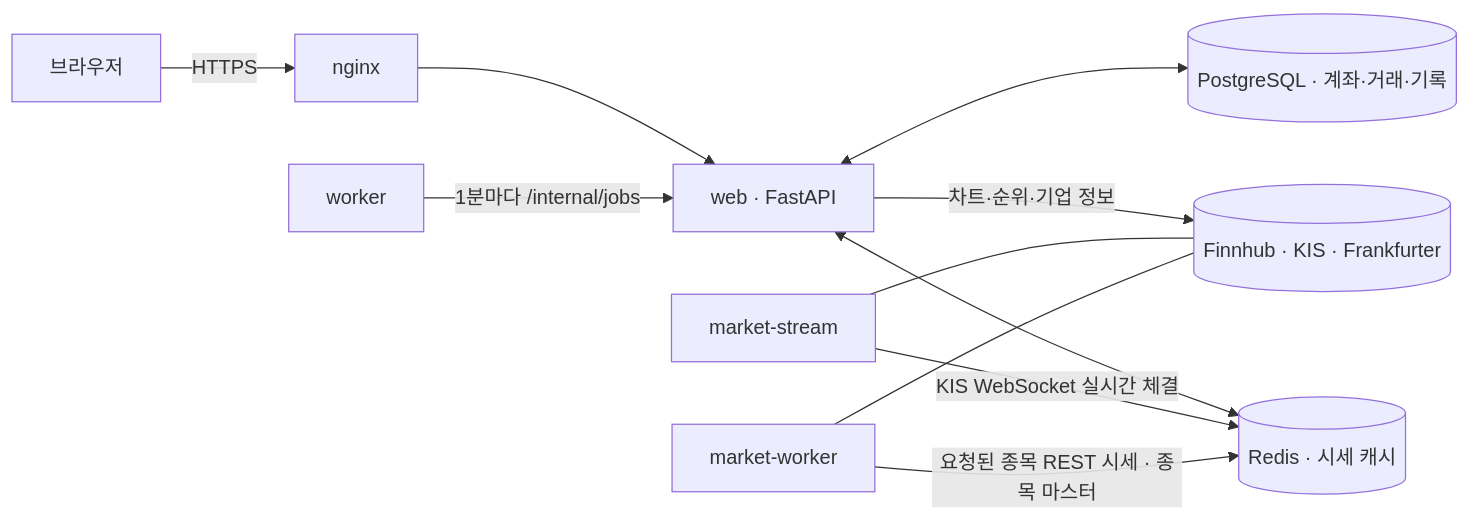
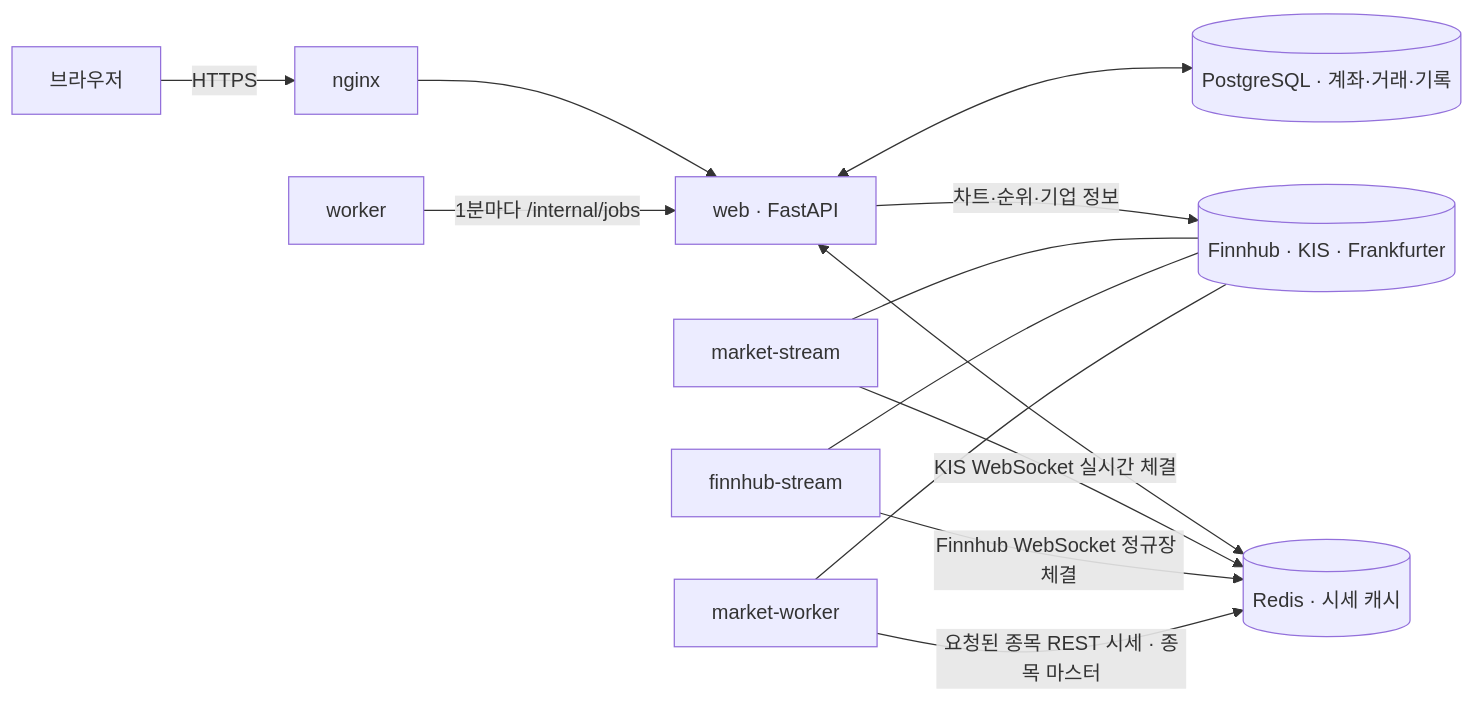
The diagram in README.md (astralblaze01/paper-trading), drawn with Mermaid before and after one commit. The commit also changed other lines of this file and 10 other files, not shown here.

First line of the commit message:
feat: US regular-session trades stream live from Finnhub, up to 50 symbols

````diff
--- a/README.md
+++ b/README.md
@@ -202,13 +203,15 @@
 ```mermaid
 flowchart LR
   U[브라우저] -->|HTTPS| N[nginx]
   N --> W[web · FastAPI]
   W <--> R[(Redis · 시세 캐시)]
   W <--> D[(PostgreSQL · 계좌·거래·기록)]
   MS[market-stream] -->|KIS WebSocket 실시간 체결| R
+  FS[finnhub-stream] -->|Finnhub WebSocket 정규장 체결| R
   MW[market-worker] -->|요청된 종목 REST 시세 · 종목 마스터| R
   K[worker] -->|1분마다 /internal/jobs| W
   W -->|차트·순위·기업 정보| API[(Finnhub · KIS · Frankfurter)]
   MS --- API
+  FS --- API
   MW --- API
 ```
````
